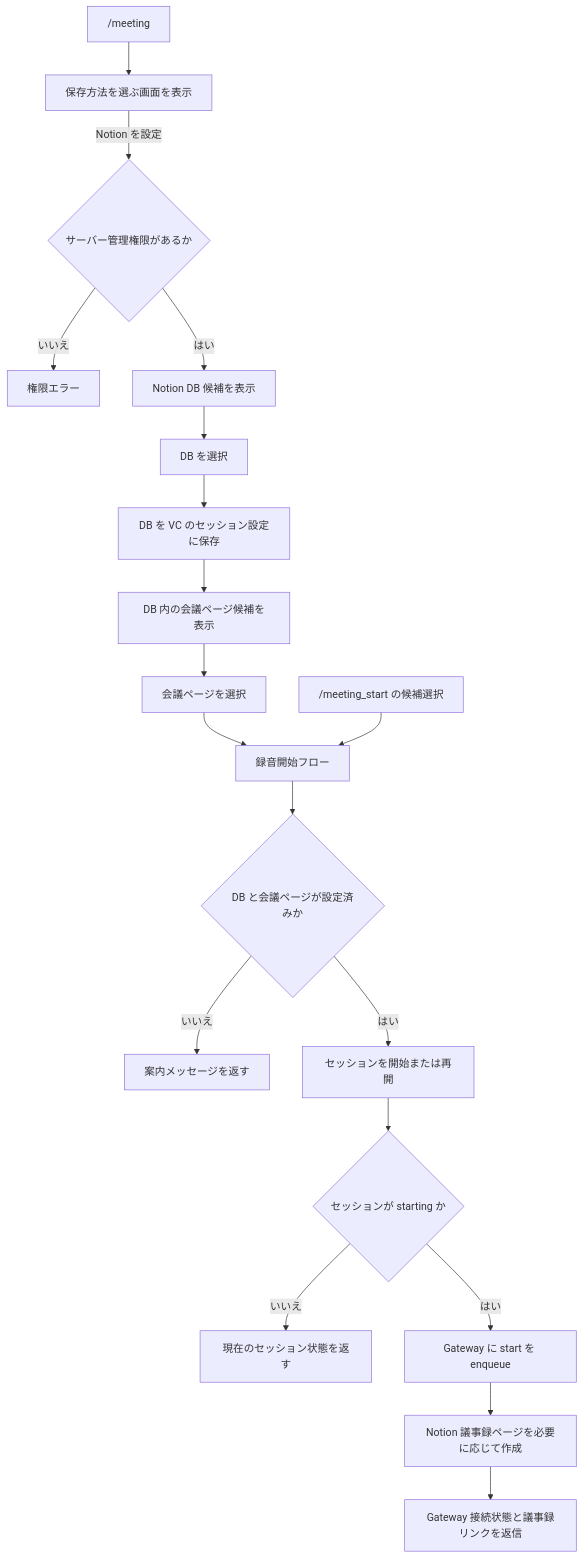
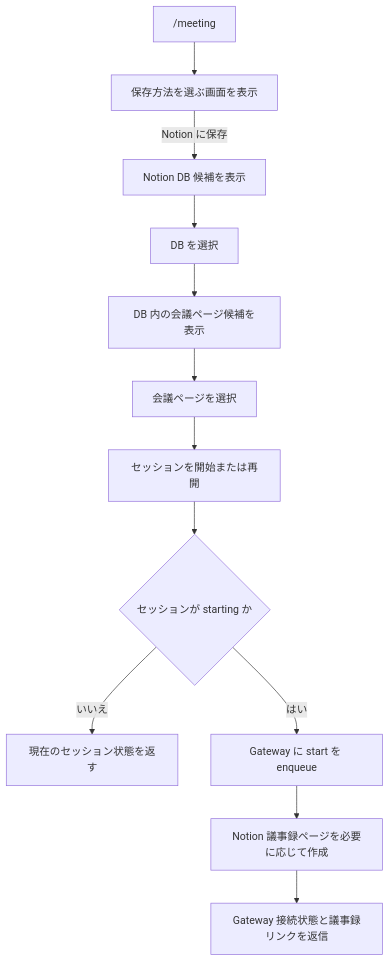
The second of 2 diagrams in docs/discord-interaction-flows.md (tuatmcc/ai-meeting-minutes-bot), drawn with Mermaid before and after one commit. The commit also changed other lines of this file and 11 other files, not shown here.

````diff
--- a/docs/discord-interaction-flows.md
+++ b/docs/discord-interaction-flows.md
@@ -36,22 +32,14 @@
 ```mermaid
 flowchart TD
     A["/meeting"] --> B["保存方法を選ぶ画面を表示"]
-    B -->|Notion を設定| C{"サーバー管理権限があるか"}
-    C -->|いいえ| X["権限エラー"]
-    C -->|はい| D["Notion DB 候補を表示"]
+    B -->|Notion に保存| D["Notion DB 候補を表示"]
     D --> E["DB を選択"]
-    E --> F["DB を VC のセッション設定に保存"]
-    F --> G["DB 内の会議ページ候補を表示"]
-    G --> H["会議ページを選択"]
-    H --> I
-
-    A2["/meeting_start の候補選択"] --> I["録音開始フロー"]
-    I --> J{"DB と会議ページが設定済みか"}
-    J -->|いいえ| Y["案内メッセージを返す"]
-    J -->|はい| K["セッションを開始または再開"]
-    K --> L{"セッションが starting か"}
-    L -->|いいえ| Z["現在のセッション状態を返す"]
-    L -->|はい| M["Gateway に start を enqueue"]
-    M --> N["Notion 議事録ページを必要に応じて作成"]
-    N --> O["Gateway 接続状態と議事録リンクを返信"]
+    E --> F["DB 内の会議ページ候補を表示"]
+    F --> G["会議ページを選択"]
+    G --> H["セッションを開始または再開"]
+    H --> I{"セッションが starting か"}
+    I -->|いいえ| Z["現在のセッション状態を返す"]
+    I -->|はい| J["Gateway に start を enqueue"]
+    J --> K["Notion 議事録ページを必要に応じて作成"]
+    K --> L["Gateway 接続状態と議事録リンクを返信"]
 ```
````
